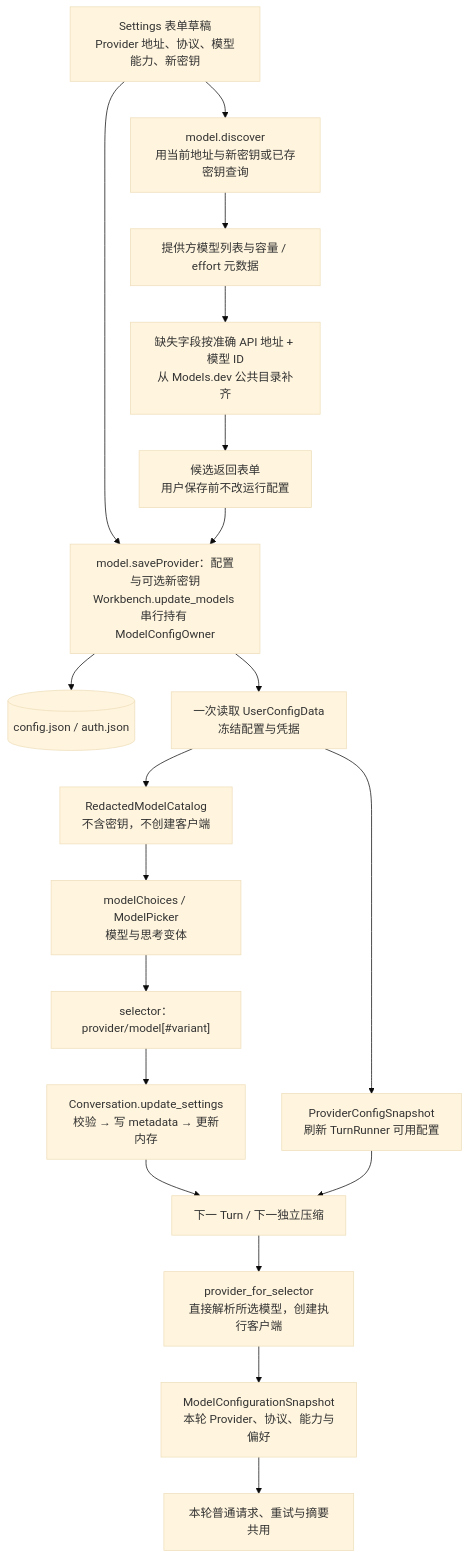
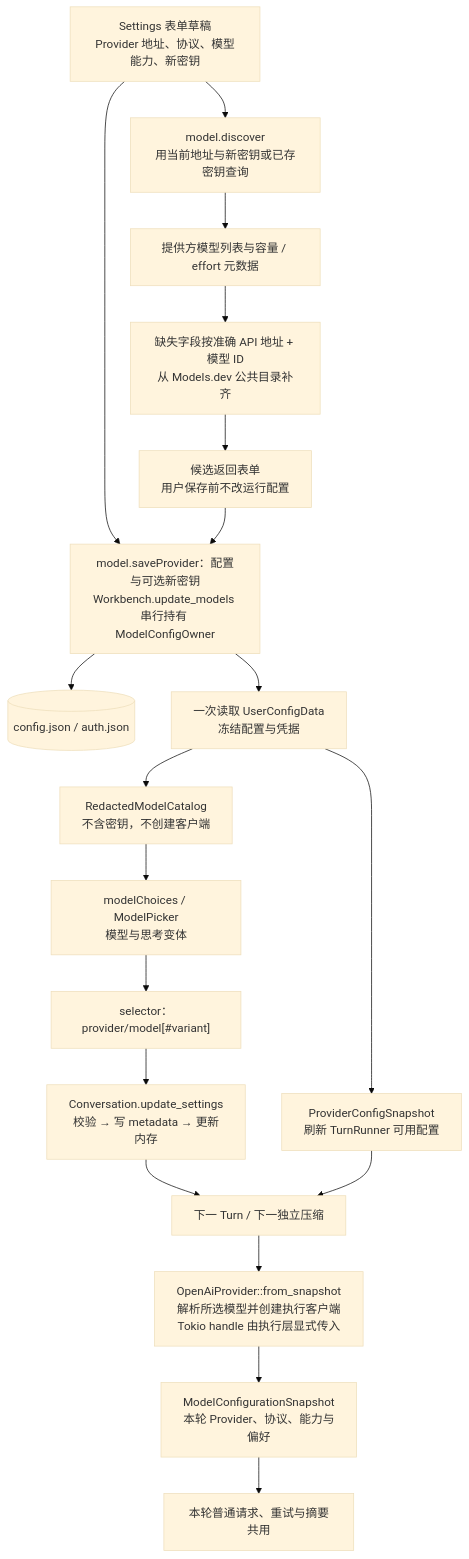
Before and after one commit to qjcnmd/singularity-agent: diagram 18 of 29 in docs/singularity.md, drawn with Mermaid (base theme). The commit also changed other lines of this file and 60 other files, not shown here.

````diff
--- a/docs/singularity.md
+++ b/docs/singularity.md
@@ -483,21 +483,21 @@
 ```mermaid
 flowchart TB
     Form["Settings 表单草稿<br/>Provider 地址、协议、模型能力、新密钥"] --> Discover["model.discover<br/>用当前地址与新密钥或已存密钥查询"]
     Discover --> Remote["提供方模型列表与容量 / effort 元数据"]
     Remote --> Missing["缺失字段按准确 API 地址 + 模型 ID<br/>从 Models.dev 公共目录补齐"]
     Missing --> Candidates["候选返回表单<br/>用户保存前不改运行配置"]
     Form --> Save["model.saveProvider：配置与可选新密钥<br/>Workbench.update_models 串行持有 ModelConfigOwner"]
     Candidates --> Save
     Save --> Disk[("config.json / auth.json")]
     Save --> Parsed["一次读取 UserConfigData<br/>冻结配置与凭据"]
     Parsed --> ProviderSnapshot["ProviderConfigSnapshot<br/>刷新 TurnRunner 可用配置"]
     Parsed --> Catalog["RedactedModelCatalog<br/>不含密钥，不创建客户端"]
     Catalog --> Picker["modelChoices / ModelPicker<br/>模型与思考变体"]
     Picker --> Selector["selector：provider/model[#variant]"]
     Selector --> Settings["Conversation.update_settings<br/>校验 → 写 metadata → 更新内存"]
     Settings --> Next["下一 Turn / 下一独立压缩"]
     ProviderSnapshot --> Next
-    Next --> Factory["provider_for_selector<br/>直接解析所选模型，创建执行客户端"]
+    Next --> Factory["OpenAiProvider::from_snapshot<br/>解析所选模型并创建执行客户端<br/>Tokio handle 由执行层显式传入"]
     Factory --> Frozen["ModelConfigurationSnapshot<br/>本轮 Provider、协议、能力与偏好"]
     Frozen --> Requests["本轮普通请求、重试与摘要共用"]
 ```
````
